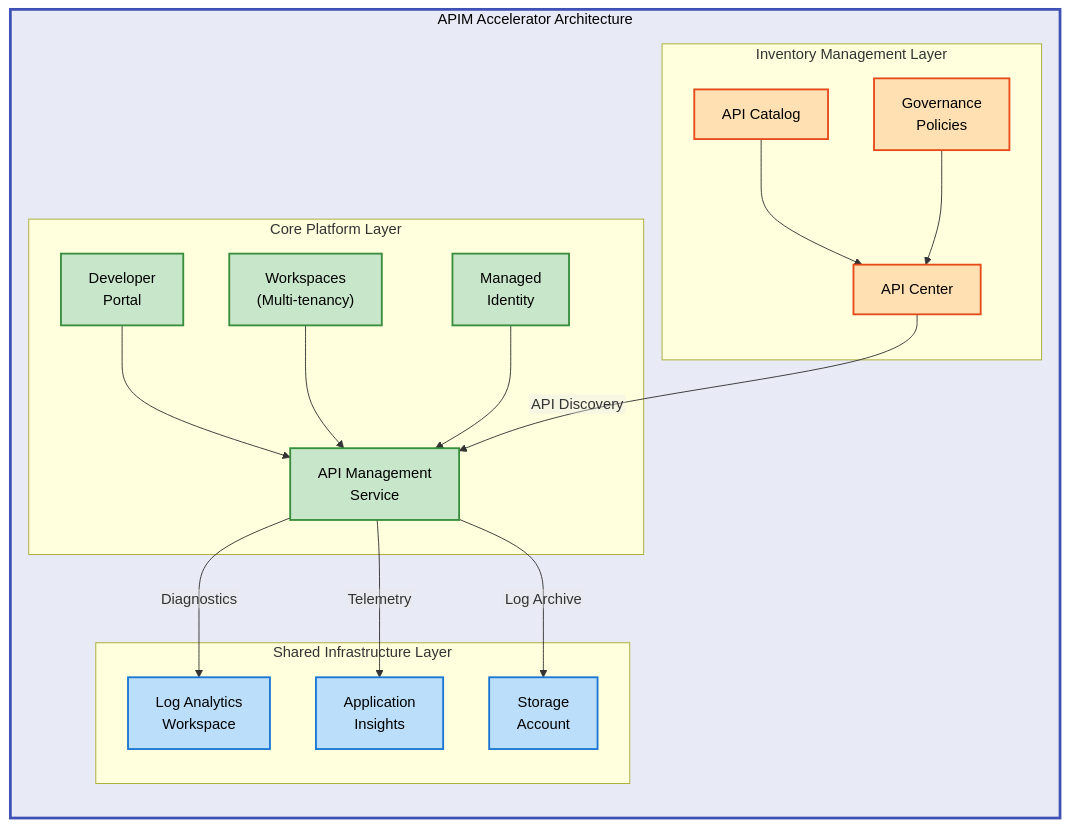
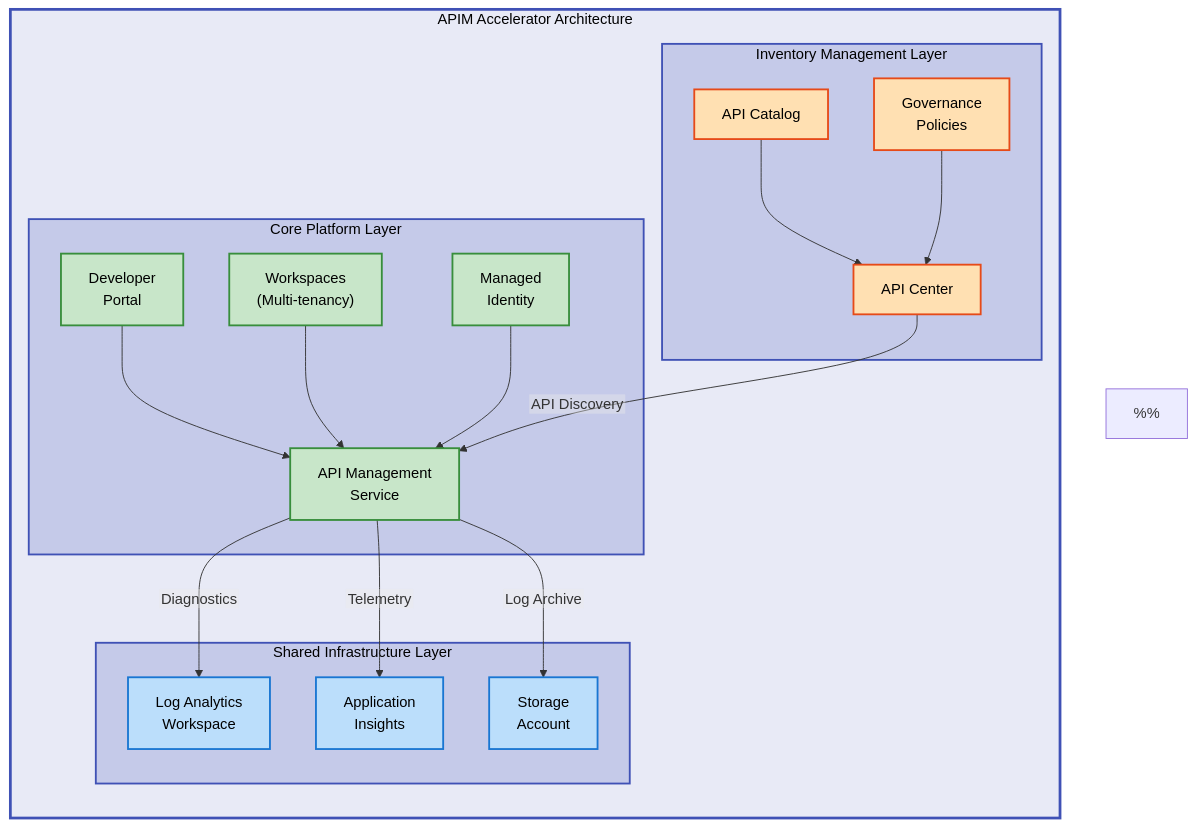
Before and after one commit to Evilazaro/APIM-Accelerator: the diagram in README.md, drawn with Mermaid.

Commit message:
Enhance architecture diagram in README.md with detailed color scheme documentation for improved clarity and visual hierarchy

````diff
--- a/README.md
+++ b/README.md
@@ -169,43 +169,77 @@
 ```mermaid
 %%{init: {"flowchart": {"htmlLabels": false}} }%%
 flowchart TB
+    %% ============================================
+    %% STANDARD COLOR SCHEME - DO NOT MODIFY
+    %% ============================================
+    %% Main Group Level (Neutral background)
     classDef mainGroup fill:#E8EAF6,stroke:#3F51B5,stroke-width:3px,color:#000
+
+    %% Sub Group Level
+    classDef subGroup fill:#C5CAE9,stroke:#3F51B5,stroke-width:2px,color:#000
+
+    %% Content Level (Semantic colors)
     classDef mdBlue fill:#BBDEFB,stroke:#1976D2,stroke-width:2px,color:#000
     classDef mdGreen fill:#C8E6C9,stroke:#388E3C,stroke-width:2px,color:#000
+    classDef mdRed fill:#FFCDD2,stroke:#D32F2F,stroke-width:2px,color:#000
+    classDef mdYellow fill:#FFF9C4,stroke:#F57F17,stroke-width:2px,color:#000
     classDef mdOrange fill:#FFE0B2,stroke:#E64A19,stroke-width:2px,color:#000
+    classDef mdPurple fill:#E1BEE7,stroke:#7B1FA2,stroke-width:2px,color:#000
+    classDef mdTeal fill:#B2DFDB,stroke:#00796B,stroke-width:2px,color:#000
+    classDef mdGrey fill:#F5F5F5,stroke:#616161,stroke-width:2px,color:#000
+    %% ============================================
+    %% COLOR SCHEME DOCUMENTATION
+    %% ============================================
+    %% Level 1 (Main Groups): Indigo 50 (#E8EAF6)
+    %%   - Used for: Top-level architecture container
+    %%   - Purpose: Visual hierarchy and separation
+    %%   - Stroke: Indigo 500 (#3F51B5), 3px
+    %%
+    %% Level 2 (Sub Groups): Indigo 100 (#C5CAE9)
+    %%   - Used for: Layer groupings (shared, core, inventory)
+    %%   - Stroke: Indigo 500 (#3F51B5), 2px
+    %%
+    %% Level 3 (Content): Material Design semantic colors
+    %%   - Blue (#BBDEFB): Shared infrastructure components
+    %%   - Green (#C8E6C9): Core platform services
+    %%   - Orange (#FFE0B2): Inventory management components
+    %% ============================================
 
     subgraph system["APIM Accelerator Architecture"]
         direction TB
 
         subgraph shared["Shared Infrastructure Layer"]
             logs["Log Analytics<br/>Workspace"]:::mdBlue
             insights["Application<br/>Insights"]:::mdBlue
             storage["Storage<br/>Account"]:::mdBlue
         end
 
         subgraph core["Core Platform Layer"]
             apim["API Management<br/>Service"]:::mdGreen
             identity["Managed<br/>Identity"]:::mdGreen
             portal["Developer<br/>Portal"]:::mdGreen
             workspace["Workspaces<br/>(Multi-tenancy)"]:::mdGreen
         end
 
         subgraph inventory["Inventory Management Layer"]
             apicenter["API Center"]:::mdOrange
             catalog["API Catalog"]:::mdOrange
             governance["Governance<br/>Policies"]:::mdOrange
         end
 
         apim -->|"Diagnostics"| logs
         apim -->|"Telemetry"| insights
         apim -->|"Log Archive"| storage
         portal --> apim
         workspace --> apim
         identity --> apim
         apicenter -->|"API Discovery"| apim
         catalog --> apicenter
         governance --> apicenter
+
+        %% Apply subGroup styling to layer subgraphs
+        class shared,core,inventory subGroup
     end
 
     class system mainGroup
 ```
````
